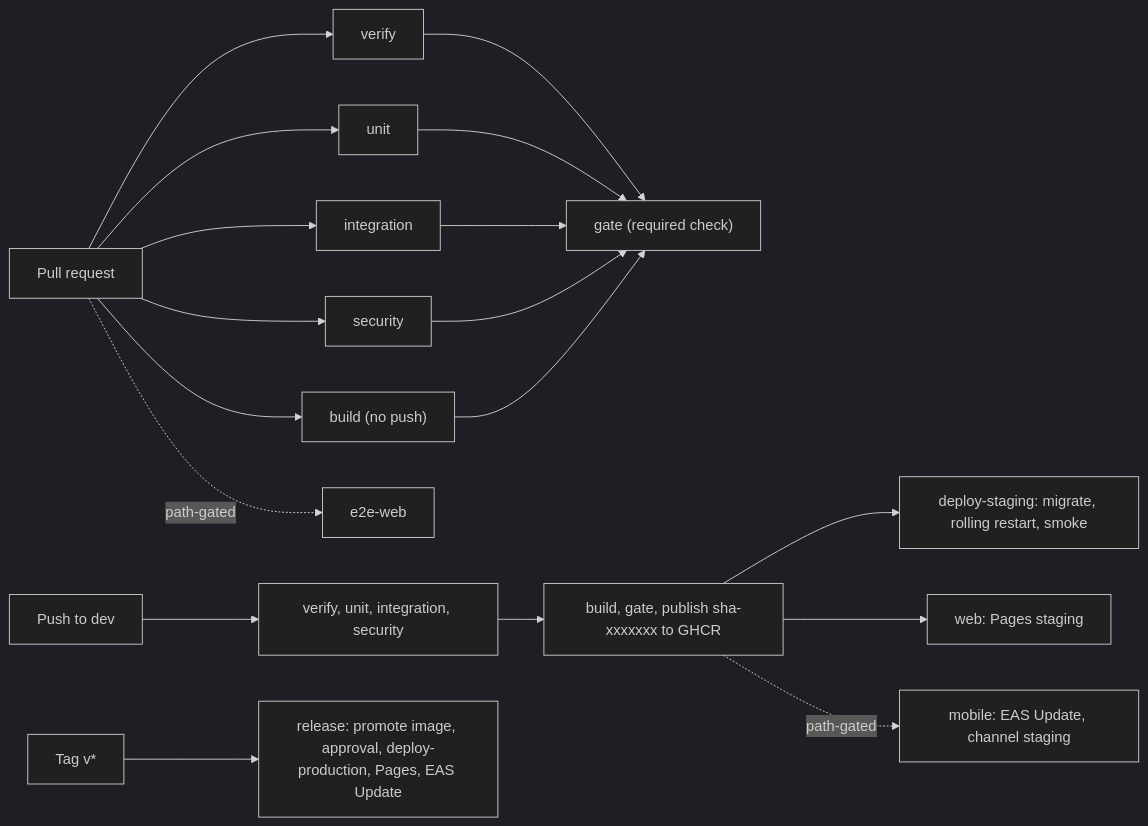
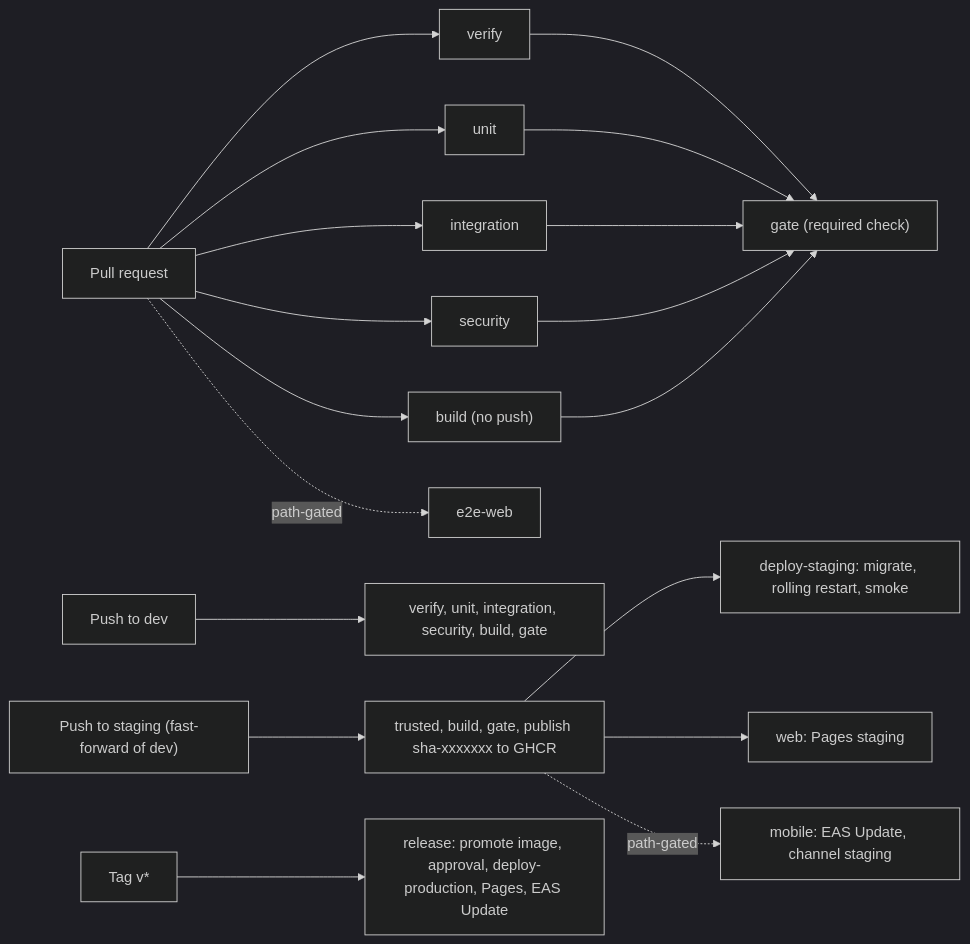
The first of 2 diagrams in docs/09-operations/ci-cd.md (ninggiangboy/residential-management-system), drawn with Mermaid (dark theme) before and after one commit. The commit also changed other lines of this file and 3 other files, not shown here.

````diff
--- a/docs/09-operations/ci-cd.md
+++ b/docs/09-operations/ci-cd.md
@@ -31,16 +31,16 @@
 ```mermaid
 flowchart LR
   PR["Pull request"] --> V["verify"]
   PR --> U["unit"]
   PR --> I["integration"]
   PR --> S["security"]
   PR --> B0["build (no push)"]
   PR -. "path-gated" .-> E["e2e-web"]
   V & U & I & S & B0 --> G["gate (required check)"]
-  MAIN["Push to dev"] --> V2["verify, unit, integration, security"]
-  V2 --> B1["build, gate, publish sha-xxxxxxx to GHCR"]
+  MAIN["Push to dev"] --> V2["verify, unit, integration, security, build, gate"]
+  STG["Push to staging (fast-forward of dev)"] --> B1["trusted, build, gate, publish sha-xxxxxxx to GHCR"]
   B1 --> DS["deploy-staging: migrate, rolling restart, smoke"]
   B1 --> PW["web: Pages staging"]
   B1 -. "path-gated" .-> OTA["mobile: EAS Update, channel staging"]
   TAG["Tag v*"] --> R["release: promote image, approval, deploy-production, Pages, EAS Update"]
 ```
````
